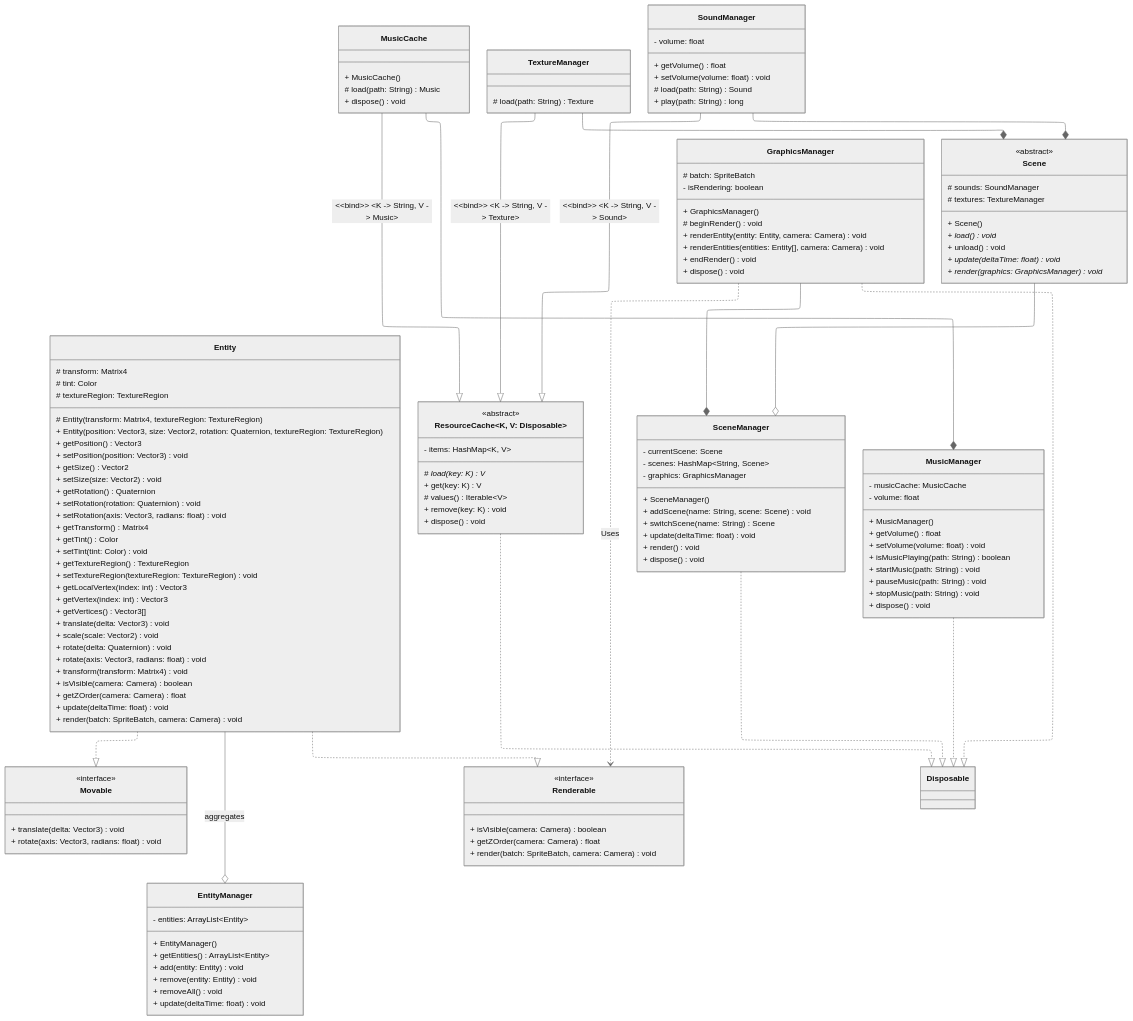
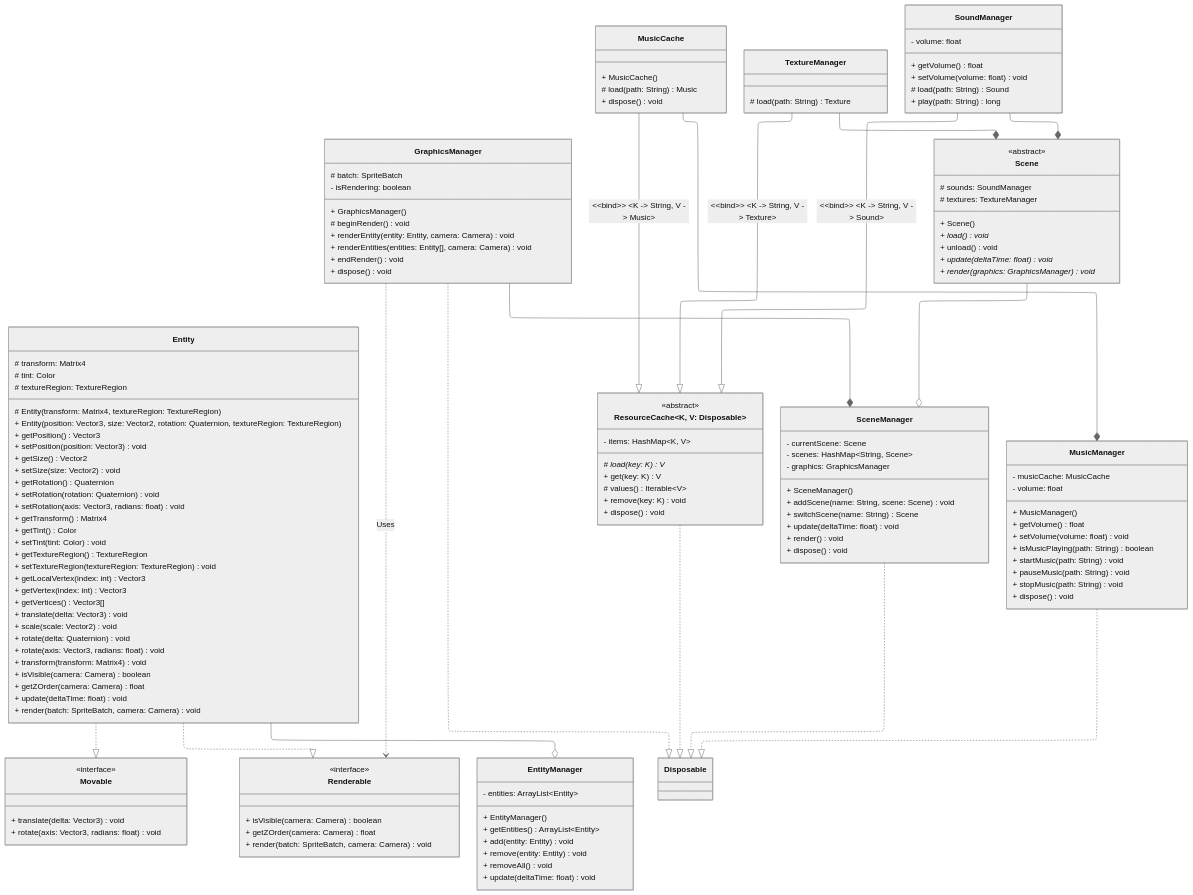
The diagram in class-diagram/entity-graphics-scene.mmd (TemariVirus/harbour-franca), drawn with Mermaid before and after one commit. The commit also changed 3 other files, not shown here.

Commit message:
Update main class diagram

```diff
--- a/class-diagram/entity-graphics-scene.mmd
+++ b/class-diagram/entity-graphics-scene.mmd
@@ -1,169 +1,169 @@
 ---
 config:
     theme: neutral
     layout: elk
     defaultRenderer: elk
     elk:
         nodePlacementStrategy: NETWORK_SIMPLEX
 ---
 
 classDiagram
     Entity ..|> Movable
     Entity ..|> Renderable
-    Entity --o EntityManager: aggregates
+    Entity --o EntityManager
     GraphicsManager ..|> Disposable
     GraphicsManager ..> Renderable: Uses
     ResourceCache~K&comma; V: Disposable~ ..|> Disposable
     Scene --o SceneManager
     SceneManager ..|> Disposable
     GraphicsManager --* SceneManager
     MusicCache --|> ResourceCache: #60;#60;bind#62;#62; #60;K -> String, V -> Music#62;
     MusicCache --* MusicManager
     MusicManager ..|> Disposable
     TextureManager --|> ResourceCache: #60;#60;bind#62;#62; #60;K -> String, V -> Texture#62;
     TextureManager --* Scene
     SoundManager --|> ResourceCache: #60;#60;bind#62;#62; #60;K -> String, V -> Sound#62;
     SoundManager --* Scene
 
 
     class Entity {
         # transform: Matrix4
         # tint: Color
         # textureRegion: TextureRegion
 
         # Entity(transform: Matrix4, textureRegion: TextureRegion)
         + Entity(position: Vector3, size: Vector2, rotation: Quaternion, textureRegion: TextureRegion)
         + getPosition() Vector3
         + setPosition(position: Vector3) void
         + getSize() Vector2
         + setSize(size: Vector2) void
         + getRotation() Quaternion
         + setRotation(rotation: Quaternion) void
         + setRotation(axis: Vector3, radians: float) void
         + getTransform() Matrix4
         + getTint() Color
         + setTint(tint: Color) void
         + getTextureRegion() TextureRegion
         + setTextureRegion(textureRegion: TextureRegion) void
         + getLocalVertex(index: int) Vector3
         + getVertex(index: int) Vector3
         + getVertices() Vector3[]
         + translate(delta: Vector3) void
         + scale(scale: Vector2) void
         + rotate(delta: Quaternion) void
         + rotate(axis: Vector3, radians: float) void
         + transform(transform: Matrix4) void
         + isVisible(camera: Camera) boolean
         + getZOrder(camera: Camera) float
         + update(deltaTime: float) void
         + render(batch: SpriteBatch, camera: Camera) void
     }
 
     class EntityManager {
         - entities: ArrayList~Entity~
 
         + EntityManager()
         + getEntities() ArrayList~Entity~
         + add(entity: Entity) void
         + remove(entity: Entity) void
         + removeAll() void
         + update(deltaTime: float) void
     }
 
     class GraphicsManager {
         # batch: SpriteBatch
         - isRendering: boolean
 
         + GraphicsManager()
         # beginRender() void
         + renderEntity(entity: Entity, camera: Camera) void
         + renderEntities(entities: Entity[], camera: Camera) void
         + endRender() void
         + dispose() void
     }
 
     class Movable {
         <<interface>>
 
         + translate(delta: Vector3) void
         + rotate(axis: Vector3, radians: float) void
     }
 
     class Renderable {
         <<interface>>
 
         + isVisible(camera: Camera) boolean
         + getZOrder(camera: Camera) float
         + render(batch: SpriteBatch, camera: Camera) void
     }
 
     class ResourceCache~K&comma; V: Disposable~ {
         <<abstract>>
 
         - items: HashMap~K&comma; V~
 
         # load(key: K)* V
         + get(key: K) V
         # values() Iterable~V~
         + remove(key: K) void
         + dispose() void
     }
 
     class Scene {
         <<abstract>>
 
         # sounds: SoundManager
         # textures: TextureManager
 
         + Scene()
         + load()* void
         + unload() void
         + update(deltaTime: float)* void
         + render(graphics: GraphicsManager)* void
     }
 
     class SceneManager {
         - currentScene: Scene
         - scenes: HashMap~String&comma; Scene~
         - graphics: GraphicsManager
 
         + SceneManager()
         + addScene(name: String, scene: Scene) void
         + switchScene(name: String) Scene
         + update(deltaTime: float) void
         + render() void
         + dispose() void
     }
 
     class MusicCache {
         + MusicCache()
         # load(path: String) Music
         + dispose() void
     }
 
     class MusicManager {
         - musicCache: MusicCache
         - volume: float
 
         + MusicManager()
         + getVolume() float
         + setVolume(volume: float) void
         + isMusicPlaying(path: String) boolean
         + startMusic(path: String) void
         + pauseMusic(path: String) void
         + stopMusic(path: String) void
         + dispose() void
     }
 
     class SoundManager {
         - volume: float
 
         + getVolume() float
         + setVolume(volume: float) void
         # load(path: String) Sound
         + play(path: String) long
     }
 
     class TextureManager {
         # load(path: String) Texture
     }
```
